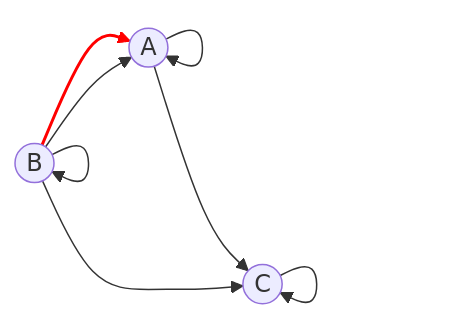
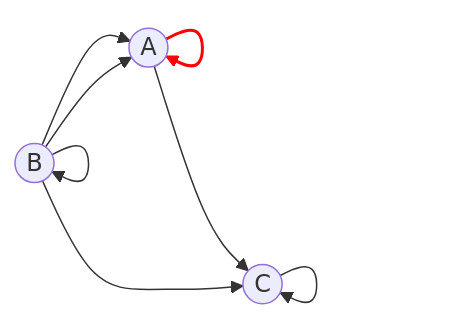
Before and after one commit to hse-algo-psapr-25/manual-tasks: the second of 2 diagrams in Задание 7/qwerty.md, drawn with Mermaid.

Commit message:
fixed graph

````diff
--- a/Задание 7/qwerty.md
+++ b/Задание 7/qwerty.md
@@ -81,13 +81,13 @@
 ```mermaid
 graph LR
 
 A((A)) --> C((C))
 A --> A
 B((B)) --> A
 B --> C
 B --> B
 C --> C
 B --> A
 
-linkStyle 2 stroke:red,stroke-width:2px;
+linkStyle 1 stroke:red,stroke-width:2px;
 ```
````
